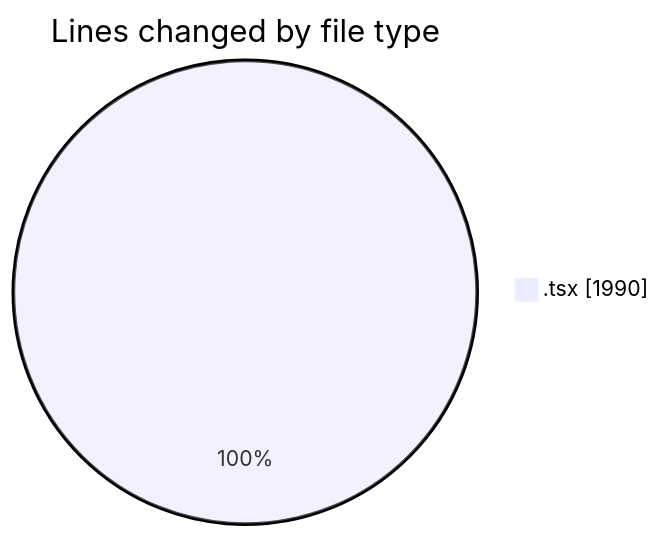
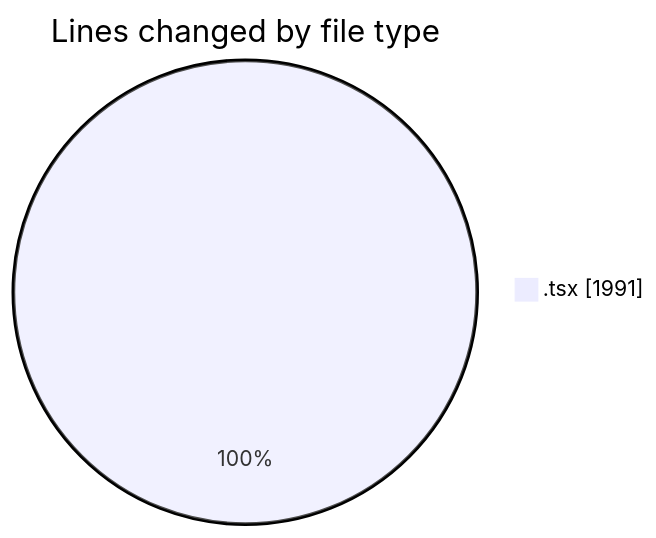
The first of 2 diagrams in 2026-06-10/nxtqube_webapp/README.md (nxtqubesakshisongat/code-tracking), drawn with Mermaid before and after one commit. The commit also changed other lines of this file and 1 other file, not shown here.

````diff
--- a/2026-06-10/nxtqube_webapp/README.md
+++ b/2026-06-10/nxtqube_webapp/README.md
@@ -21,5 +21,5 @@
 ```mermaid
 pie showData
 title Lines changed by file type
-".tsx" : 1990
+".tsx" : 1991
 ```
````
